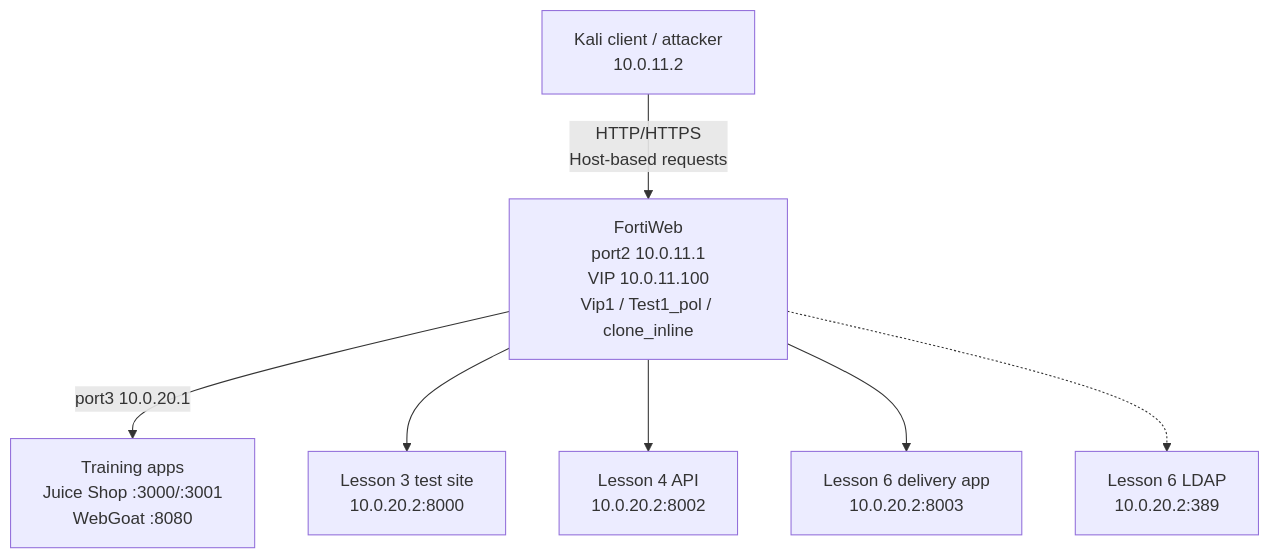
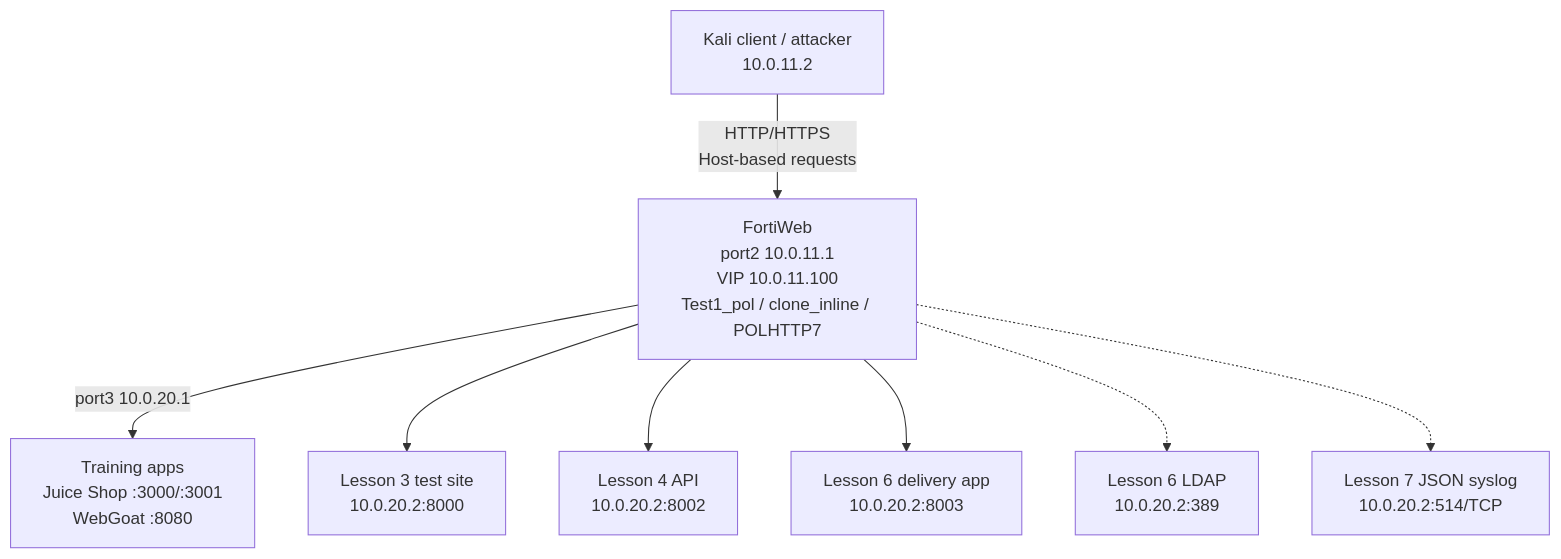
Before and after one commit to abdelrahmanelkady777/fortiweb-waf-security-lab: the diagram in README.md, drawn with Mermaid. The commit also changed other lines of this file and 21 other files, not shown here.

````diff
--- a/README.md
+++ b/README.md
@@ -22,9 +24,10 @@
 ```mermaid
 flowchart TB
-    K["Kali client / attacker<br/>10.0.11.2"] -->|"HTTP/HTTPS<br/>Host-based requests"| F["FortiWeb<br/>port2 10.0.11.1<br/>VIP 10.0.11.100<br/>Vip1 / Test1_pol / clone_inline"]
+    K["Kali client / attacker<br/>10.0.11.2"] -->|"HTTP/HTTPS<br/>Host-based requests"| F["FortiWeb<br/>port2 10.0.11.1<br/>VIP 10.0.11.100<br/>Test1_pol / clone_inline / POLHTTP7"]
     F -->|"port3 10.0.20.1"| T["Training apps<br/>Juice Shop :3000/:3001<br/>WebGoat :8080"]
     F --> L3["Lesson 3 test site<br/>10.0.20.2:8000"]
     F --> A["Lesson 4 API<br/>10.0.20.2:8002"]
     F --> L6["Lesson 6 delivery app<br/>10.0.20.2:8003"]
     F -.-> LDAP["Lesson 6 LDAP<br/>10.0.20.2:389"]
+    F -.-> SYS["Lesson 7 JSON syslog<br/>10.0.20.2:514/TCP"]
 ```
````
